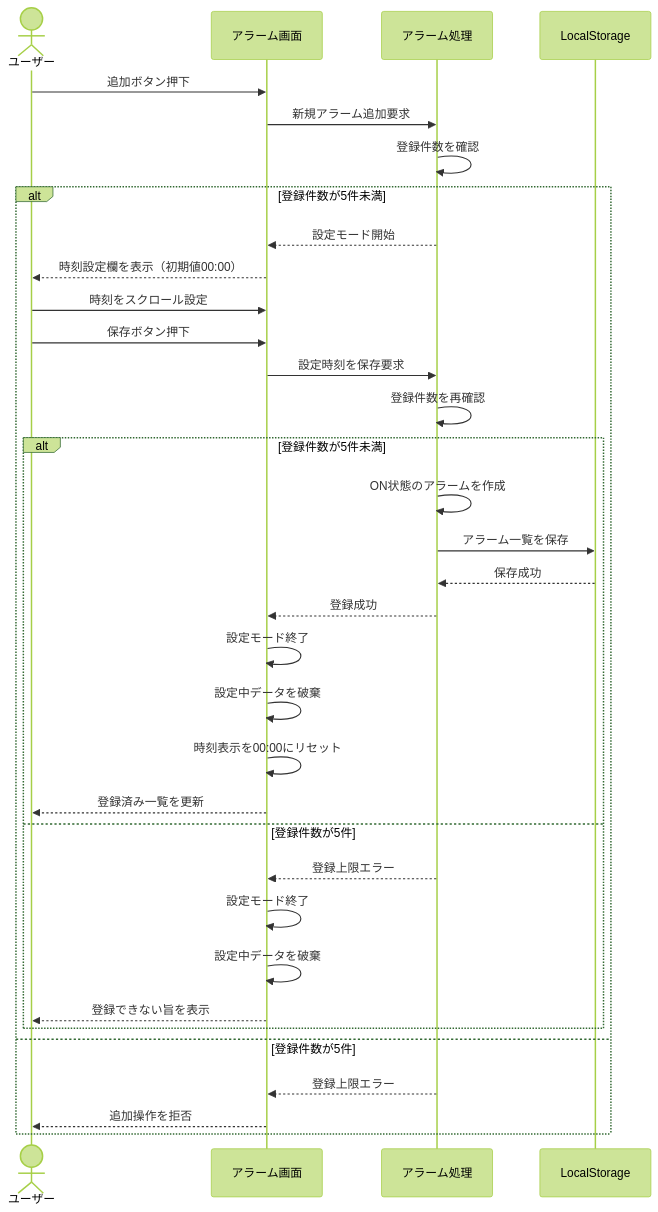
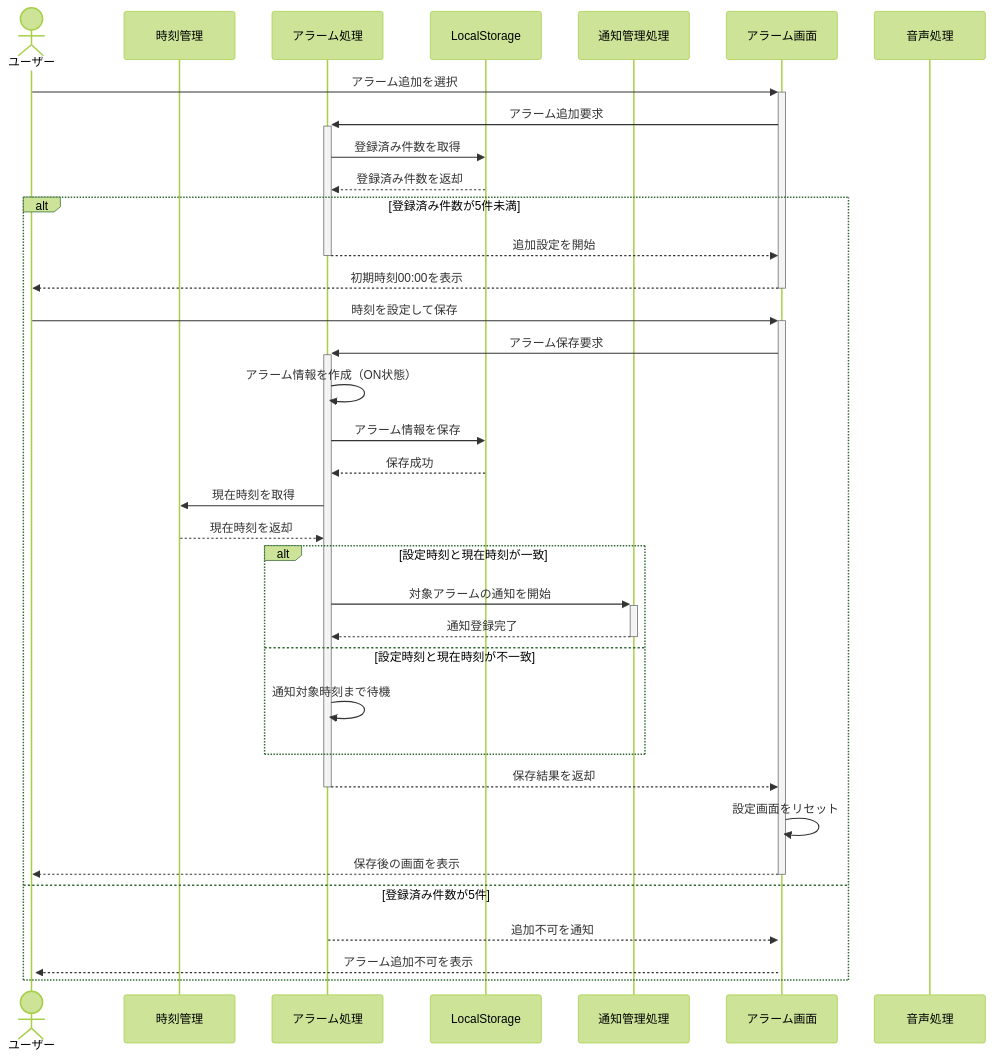
The first of 6 diagrams in document/設計/シーケンス図/アラームシーケンス図.md (shun62201234-crypto/timerApplication), drawn with Mermaid (forest theme) before and after one commit. The commit also changed other lines of this file, not shown here.

First line of the commit message:
アラーム関連シーケンス図の修正

````diff
--- a/document/設計/シーケンス図/アラームシーケンス図.md
+++ b/document/設計/シーケンス図/アラームシーケンス図.md
@@ -3,39 +3,43 @@
 ```mermaid
 sequenceDiagram
-    actor ユーザー
-    participant UI as アラーム画面
+    actor User as ユーザー
+    participant Clock as 時刻管理
     participant Alarm as アラーム処理
     participant Storage as LocalStorage
+    participant Notify as 通知管理処理
+    participant UI as アラーム画面
+    participant Audio as 音声処理
 
-    ユーザー->>UI: 追加ボタン押下
-    UI->>Alarm: 新規アラーム追加要求
-    Alarm->>Alarm: 登録件数を確認
+    User->>+UI: アラーム追加を選択
+    UI->>+Alarm: アラーム追加要求
+    Alarm->>Storage: 登録済み件数を取得
+    Storage-->>Alarm: 登録済み件数を返却
 
-    alt 登録件数が5件未満
-        Alarm-->>UI: 設定モード開始
-        UI-->>ユーザー: 時刻設定欄を表示（初期値00:00）
-        ユーザー->>UI: 時刻をスクロール設定
-        ユーザー->>UI: 保存ボタン押下
-        UI->>Alarm: 設定時刻を保存要求
-        Alarm->>Alarm: 登録件数を再確認
+    alt 登録済み件数が5件未満
+        Alarm-->>-UI: 追加設定を開始
+        UI-->>-User: 初期時刻00:00を表示
 
-        alt 登録件数が5件未満
-            Alarm->>Alarm: ON状態のアラームを作成
-            Alarm->>Storage: アラーム一覧を保存
-            Storage-->>Alarm: 保存成功
-            Alarm-->>UI: 登録成功
-            UI->>UI: 設定モード終了
-            UI->>UI: 設定中データを破棄
-            UI->>UI: 時刻表示を00:00にリセット
-            UI-->>ユーザー: 登録済み一覧を更新
-        else 登録件数が5件
-            Alarm-->>UI: 登録上限エラー
-            UI->>UI: 設定モード終了
-            UI->>UI: 設定中データを破棄
-            UI-->>ユーザー: 登録できない旨を表示
+        User->>+UI: 時刻を設定して保存
+        UI->>+Alarm: アラーム保存要求
+        Alarm->>Alarm: アラーム情報を作成（ON状態）
+        Alarm->>Storage: アラーム情報を保存
+        Storage-->>Alarm: 保存成功
+        Alarm->>Clock: 現在時刻を取得
+        Clock-->>Alarm: 現在時刻を返却
+
+        alt 設定時刻と現在時刻が一致
+            Alarm->>+Notify: 対象アラームの通知を開始
+            Notify-->>-Alarm: 通知登録完了
+        else 設定時刻と現在時刻が不一致
+            Alarm->>Alarm: 通知対象時刻まで待機
         end
-    else 登録件数が5件
-        Alarm-->>UI: 登録上限エラー
-        UI-->>ユーザー: 追加操作を拒否
+
+        Alarm-->>-UI: 保存結果を返却
+        UI->>UI: 設定画面をリセット
+        UI-->>-User: 保存後の画面を表示
+
+    else 登録済み件数が5件
+        Alarm-->>+UI: 追加不可を通知
+        UI-->>+User: アラーム追加不可を表示
     end
 ```
````
